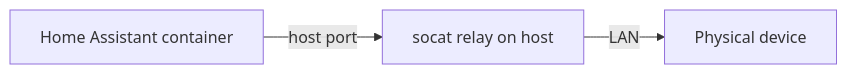
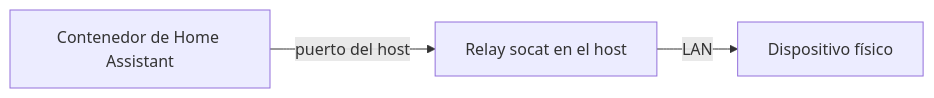
The second of 2 diagrams in docs/architecture.md (miquelblanch/homelab-ai-platform), drawn with Mermaid before and after one commit. The commit also changed other lines of this file and 8 other files, not shown here.

````diff
--- a/docs/architecture.md
+++ b/docs/architecture.md
@@ -124,5 +124,5 @@
 ```mermaid
 flowchart LR
-    HA[Home Assistant container] -->|host port| R[socat relay on host]
-    R -->|LAN| DEV[Physical device]
+    HA[Contenedor de Home Assistant] -->|puerto del host| R[Relay socat en el host]
+    R -->|LAN| DEV[Dispositivo físico]
 ```
````
